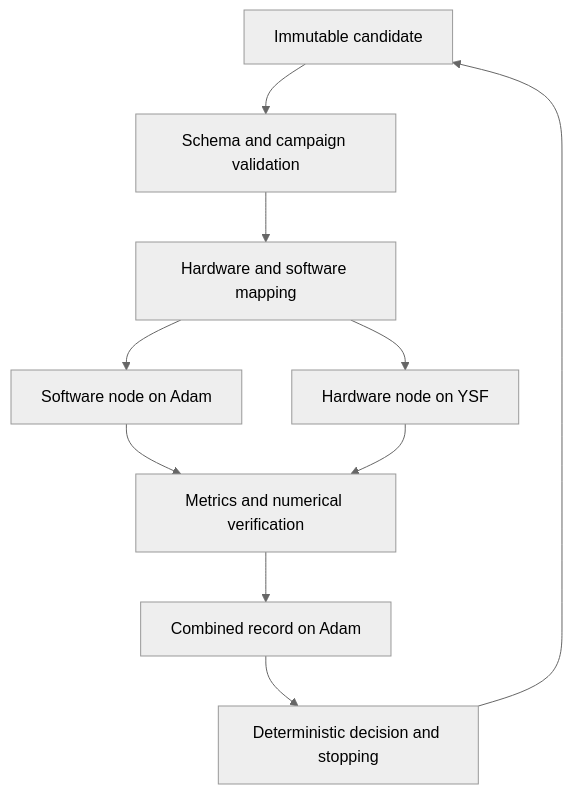
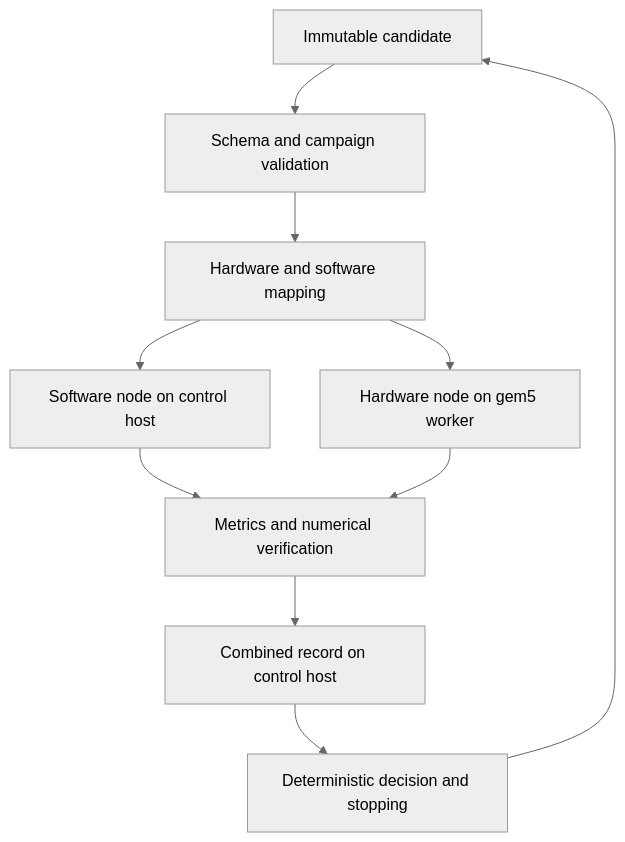
One commit to SocialLab-AI/CHIA-Project changed the diagram in docs/FULL_LOOP.md. Above: the diagram before and after it, drawn with Mermaid (neutral theme). The commit also changed other lines of this file and 22 other files, not shown here.

````diff
--- a/docs/FULL_LOOP.md
+++ b/docs/FULL_LOOP.md
@@ -7,12 +7,12 @@
 ```mermaid
 flowchart TD
   C[Immutable candidate] --> V[Schema and campaign validation]
   V --> M[Hardware and software mapping]
-  M --> S[Software node on Adam]
-  M --> H[Hardware node on YSF]
+  M --> S[Software node on control host]
+  M --> H[Hardware node on gem5 worker]
   S --> E[Metrics and numerical verification]
   H --> E
-  E --> R[Combined record on Adam]
+  E --> R[Combined record on control host]
   R --> D[Deterministic decision and stopping]
   D --> C
 ```
````
